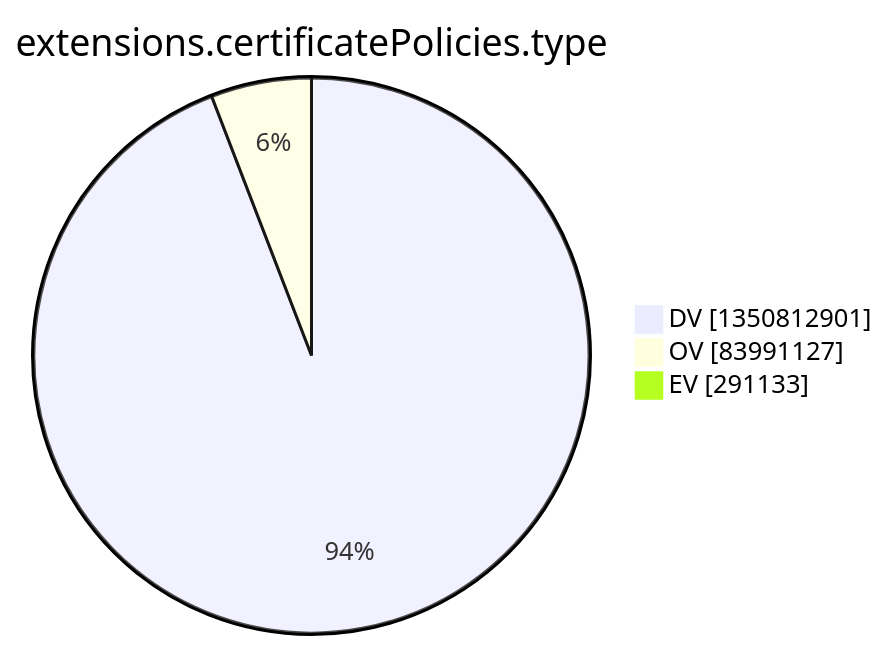
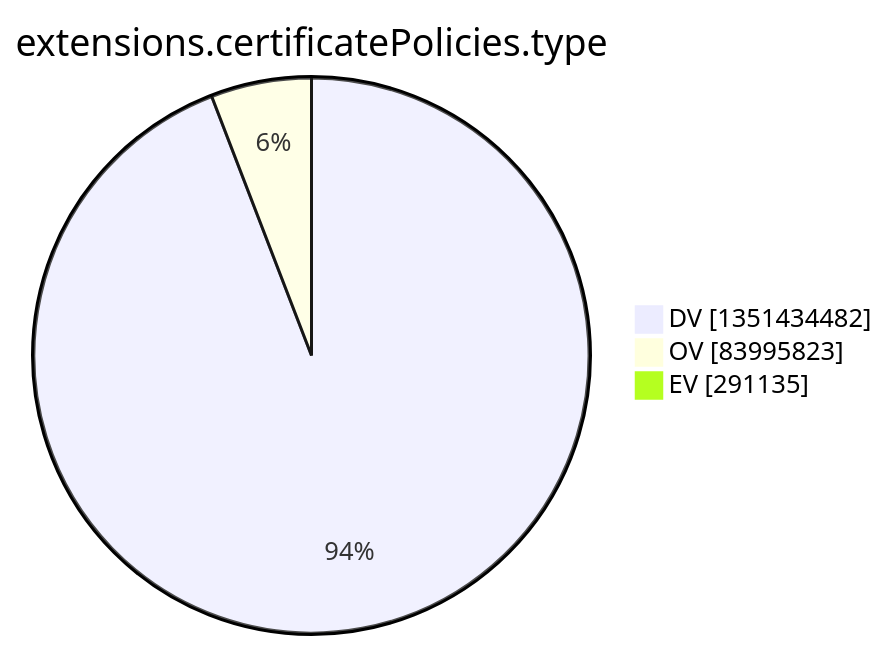
Before and after one commit to christiankrug/ctmonitor_visualization: the tenth of 15 diagrams in argon2022/README.md, drawn with Mermaid. The commit also changed other lines of this file, not shown here.

````diff
--- a/argon2022/README.md
+++ b/argon2022/README.md
@@ -2773,7 +2773,7 @@
 ```mermaid
 pie showData
 title extensions.certificatePolicies.type
-"DV" :1350812901
-"OV" :83991127
-"EV" :291133
+"DV" :1351434482
+"OV" :83995823
+"EV" :291135
 ```
````
